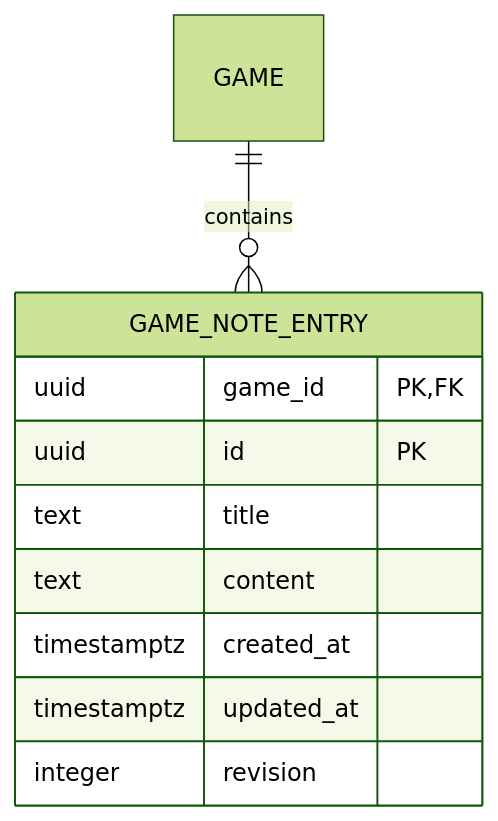
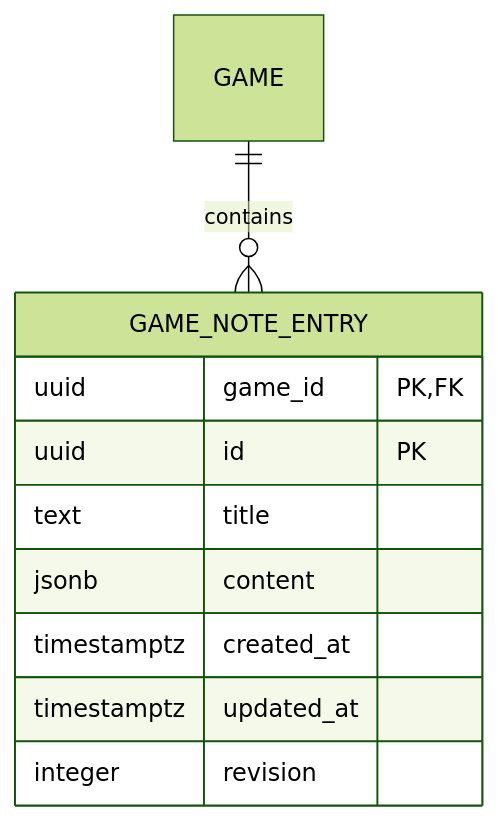
One commit to Mighty683/rpg-engine changed the first of 3 diagrams in docs/tasks/game-notes/tech.md. Above: the diagram before and after it, drawn with Mermaid (forest theme). The commit also changed other lines of this file and 6 other files, not shown here.

````diff
--- a/docs/tasks/game-notes/tech.md
+++ b/docs/tasks/game-notes/tech.md
@@ -13,13 +14,13 @@
 ```mermaid
 erDiagram
   GAME ||--o{ GAME_NOTE_ENTRY : contains
   GAME_NOTE_ENTRY {
     uuid game_id PK,FK
     uuid id PK
     text title
-    text content
+    jsonb content
     timestamptz created_at
     timestamptz updated_at
     integer revision
   }
 ```
````
